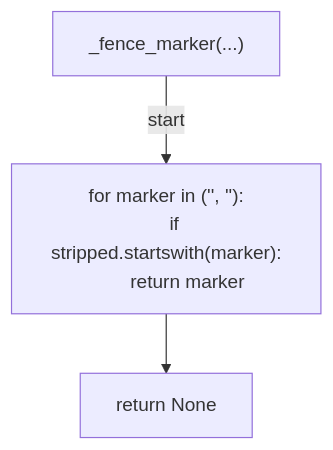
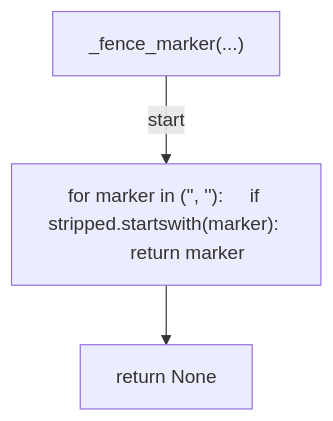
The fourth of 14 diagrams in docs/generated/scripts/ast/scan_mermaid_syntax.md (tvna/claude-md), drawn with Mermaid before and after one commit. The commit also changed other lines of this file and 23 other files, not shown here.

First line of the commit message:
docs(generated): regenerate decision tree and workflow diagrams (batch 4/5)

````diff
--- a/docs/generated/scripts/ast/scan_mermaid_syntax.md
+++ b/docs/generated/scripts/ast/scan_mermaid_syntax.md
@@ -55,10 +50,8 @@
 ```mermaid
 flowchart TD
     N001["_fence_marker(...)"]
-    N002["for marker in ('<str>', '<str>'):
-    if stripped.startswith(marker):
-        return marker"]
+    N002["for marker in ('<str>', '<str>'):     if stripped.startswith(marker):         return marker"]
     N003["return None"]
     N001 -->|"start"| N002
     N002 --> N003
 ```
````
